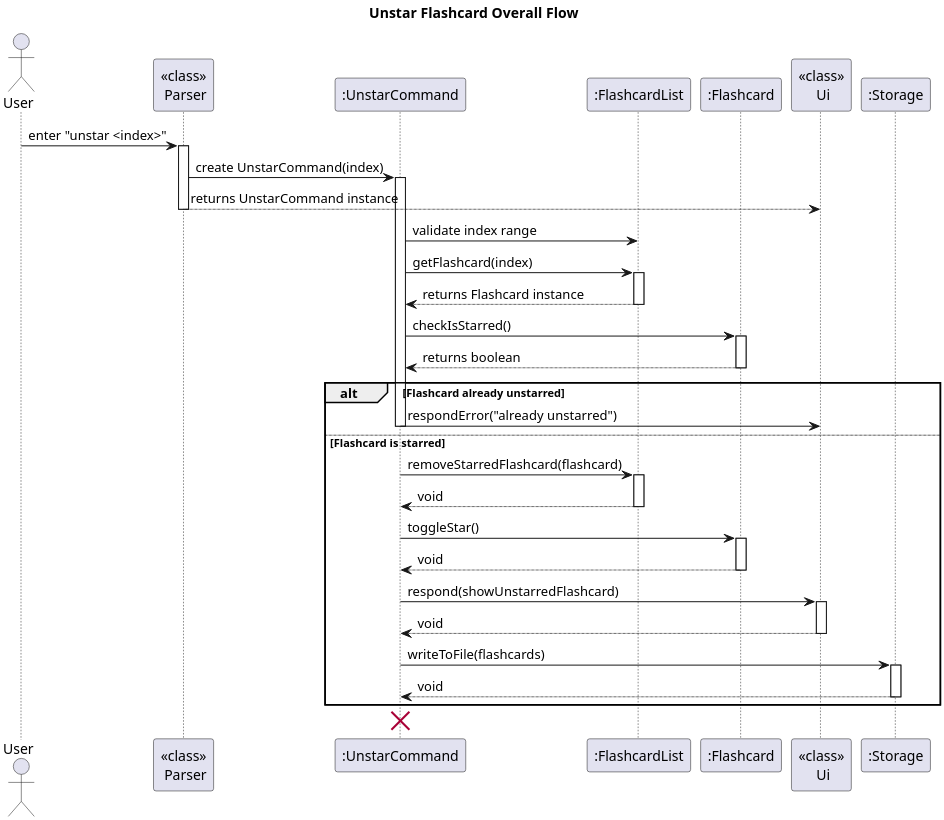
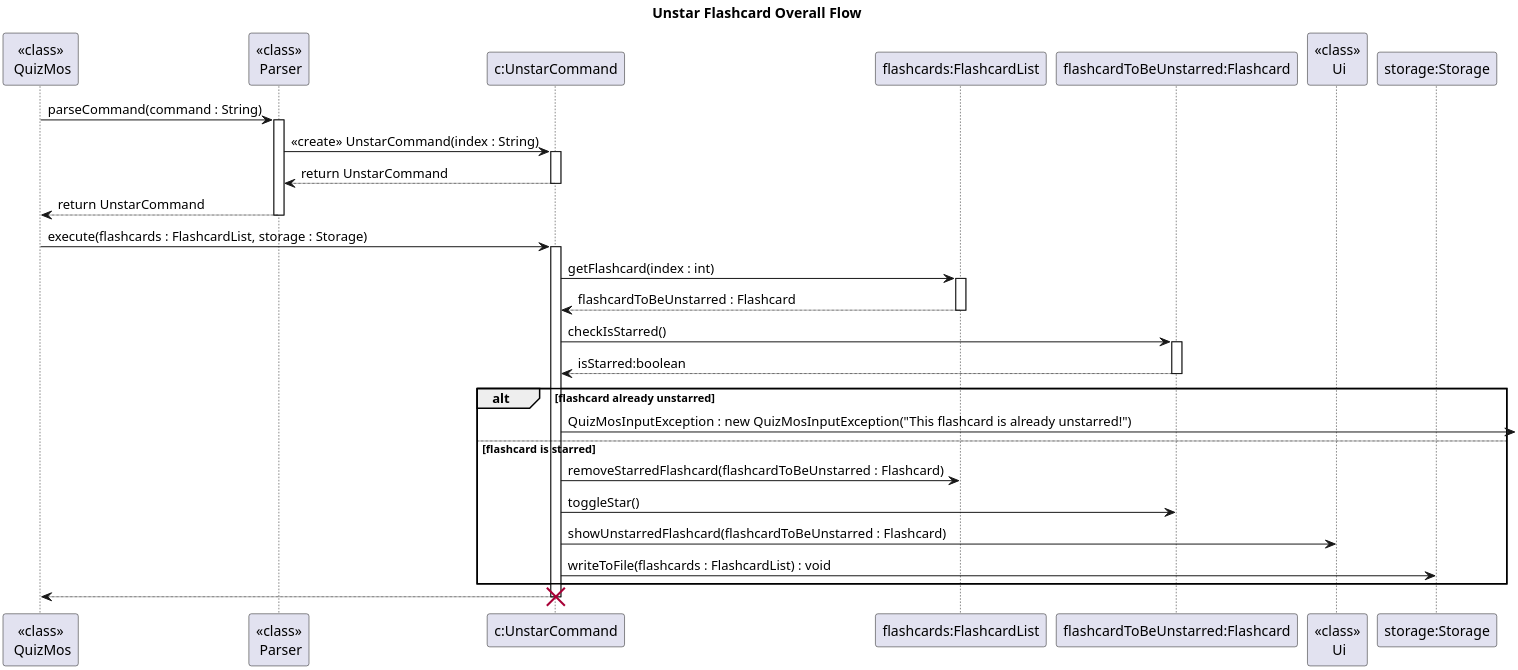
Before and after one commit to ashutoshalung/tp: the diagram in docs/diagrams/UnstarFlashcardFeature_Overall.puml, drawn with PlantUML. The commit also changed 18 other files, not shown here.

Commit message:
Fix Sequence diagrams

```diff
--- a/docs/diagrams/UnstarFlashcardFeature_Overall.puml
+++ b/docs/diagrams/UnstarFlashcardFeature_Overall.puml
@@ -1,62 +1,55 @@
 @startuml
 title Unstar Flashcard Overall Flow
 
 ' --- Make PNG large and sharp ---
 skinparam dpi 300
 
-actor User
+skinparam sequenceReferenceBackgroundColor #7cb9e8
+
+participant "<<class>>\n QuizMos" as quizmos
 participant "<<class>>\n Parser" as parser
-participant ":UnstarCommand" as unstarCommand
-participant ":FlashcardList" as flashcardList
-participant ":Flashcard" as flashcard
+participant "c:UnstarCommand" as unstarCommand
+participant "flashcards:FlashcardList" as flashcardList
+participant "flashcardToBeUnstarred:Flashcard" as flashcard
 participant "<<class>>\n Ui" as ui
-participant ":Storage" as storage
+participant "storage:Storage" as storage
 
-User -> parser : enter "unstar <index>"
+quizmos -> parser : parseCommand(command : String)
 activate parser
-parser -> unstarCommand : create UnstarCommand(index)
+
+parser -> unstarCommand : <<create>> UnstarCommand(index : String)
 activate unstarCommand
-parser --> ui : returns UnstarCommand instance
+
+unstarCommand --> parser : return UnstarCommand
+deactivate unstarCommand
+
+parser --> quizmos : return UnstarCommand
 deactivate parser
 
-unstarCommand -> flashcardList : validate index range
-unstarCommand -> flashcardList : getFlashcard(index)
+quizmos -> unstarCommand : execute(flashcards : FlashcardList, storage : Storage)
+activate unstarCommand
+
+unstarCommand -> flashcardList : getFlashcard(index : int)
 activate flashcardList
-flashcardList --> unstarCommand : returns Flashcard instance
+flashcardList --> unstarCommand : flashcardToBeUnstarred : Flashcard
 deactivate flashcardList
 
 unstarCommand -> flashcard : checkIsStarred()
 activate flashcard
-flashcard --> unstarCommand : returns boolean
+flashcard --> unstarCommand : isStarred:boolean
 deactivate flashcard
 
-alt Flashcard already unstarred
-unstarCommand -> ui : respondError("already unstarred")
-deactivate unstarCommand
-else Flashcard is starred
-unstarCommand -> flashcardList : removeStarredFlashcard(flashcard)
-activate flashcardList
-flashcardList --> unstarCommand : void
-deactivate flashcardList
-
+alt flashcard already unstarred
+unstarCommand -> :QuizMosInputException : new QuizMosInputException("This flashcard is already unstarred!")
+else flashcard is starred
+unstarCommand -> flashcardList : removeStarredFlashcard(flashcardToBeUnstarred : Flashcard)
 unstarCommand -> flashcard : toggleStar()
-activate flashcard
-flashcard --> unstarCommand : void
-deactivate flashcard
-
-unstarCommand -> ui : respond(showUnstarredFlashcard)
-activate ui
-ui --> unstarCommand : void
-deactivate ui
-
-unstarCommand -> storage : writeToFile(flashcards)
-activate storage
-storage --> unstarCommand : void
-deactivate storage
-
+unstarCommand -> ui : showUnstarredFlashcard(flashcardToBeUnstarred : Flashcard)
+unstarCommand -> storage : writeToFile(flashcards : FlashcardList) : void
 end
 
-' --- Object cleanup phase ---
+unstarCommand --> quizmos
+deactivate unstarCommand
 destroy unstarCommand
 
 @enduml
```
